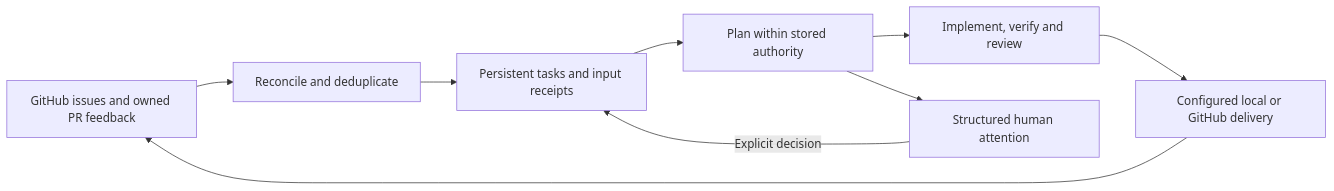
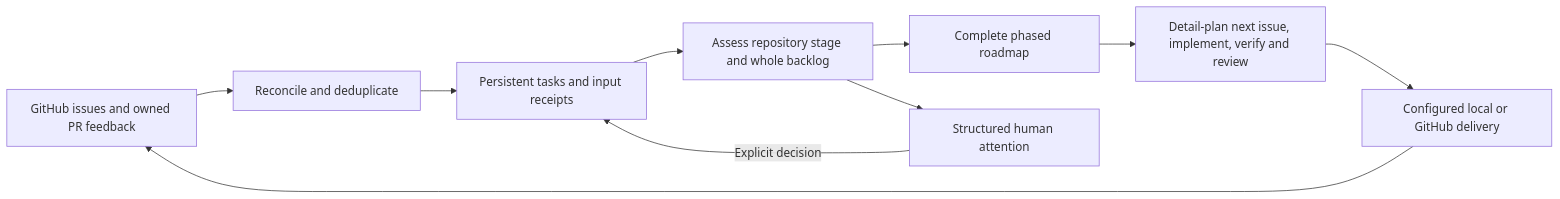
The diagram in docs/repository.md (K-kiron/dutyloop), drawn with Mermaid before and after one commit. The commit also changed other lines of this file and 23 other files, not shown here.

First line of the commit message:
feat: plan complete backlogs through repository stages

````diff
--- a/docs/repository.md
+++ b/docs/repository.md
@@ -8,11 +8,12 @@
 ```mermaid
 flowchart LR
     G[GitHub issues and owned PR feedback] --> R[Reconcile and deduplicate]
     R --> Q[Persistent tasks and input receipts]
-    Q --> P[Plan within stored authority]
-    P --> E[Implement, verify and review]
+    Q --> P[Assess repository stage and whole backlog]
+    P --> S[Complete phased roadmap]
+    S --> E[Detail-plan next issue, implement, verify and review]
     E --> D[Configured local or GitHub delivery]
     D --> G
     P --> H[Structured human attention]
     H -->|Explicit decision| Q
 ```
````
